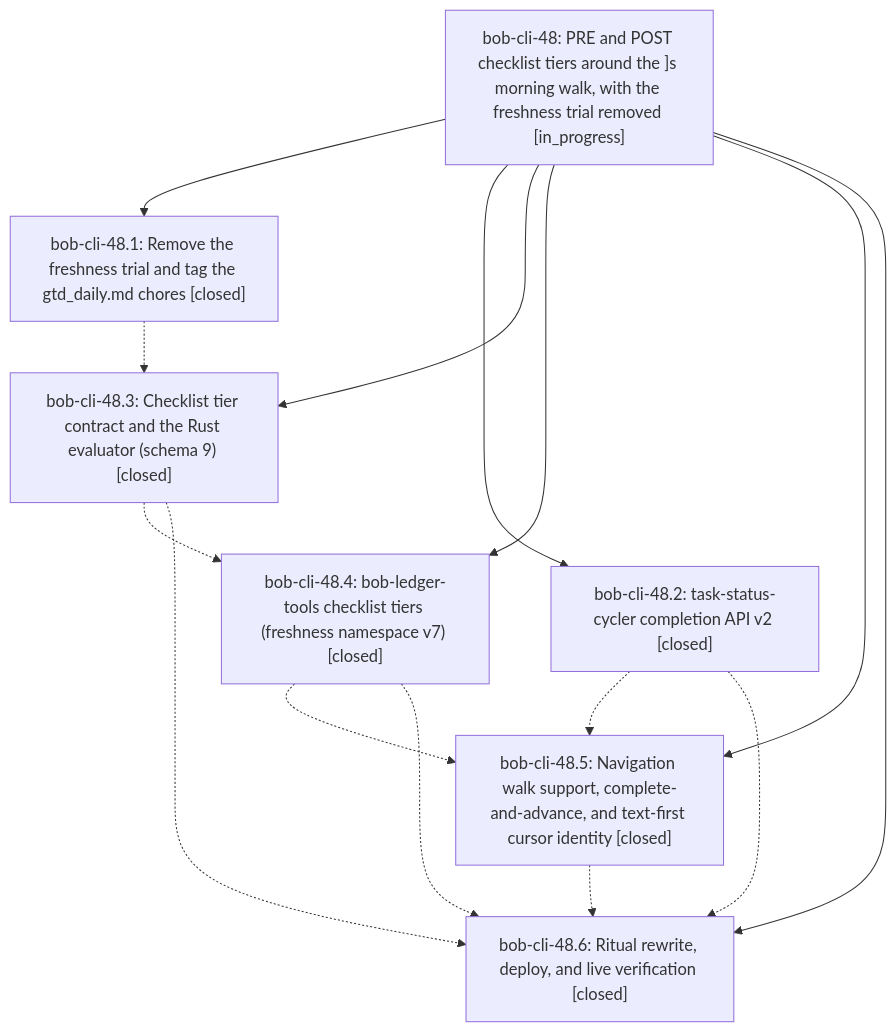
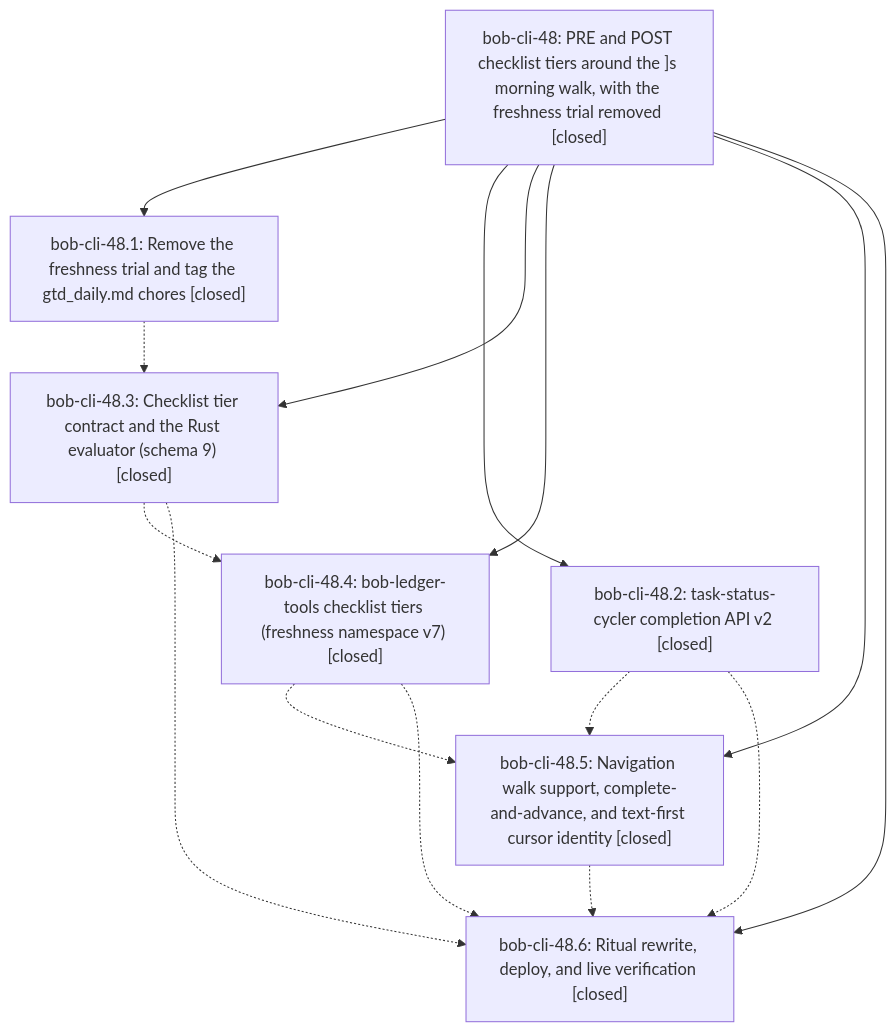
One commit to bobs-org/bob-cli--beads changed the diagram in pages/bob-cli-48/README.md. Above: the diagram before and after it, drawn with Mermaid. The commit also changed other lines of this file, not shown here.

First line of the commit message:
chore(beads): sync bead state and pages for bob-cli-48

````diff
--- a/pages/bob-cli-48/README.md
+++ b/pages/bob-cli-48/README.md
@@ -27,24 +33,24 @@
 ```mermaid
 flowchart TD
-    n0["bob-cli-48: PRE and POST checklist tiers around the ]s morning walk, with the freshness trial removed [in_progress]"]
+    n0["bob-cli-48: PRE and POST checklist tiers around the ]s morning walk, with the freshness trial removed [closed]"]
     n1["bob-cli-48.1: Remove the freshness trial and tag the gtd_daily.md chores [closed]"]
     n2["bob-cli-48.2: task-status-cycler completion API v2 [closed]"]
     n3["bob-cli-48.3: Checklist tier contract and the Rust evaluator (schema 9) [closed]"]
     n4["bob-cli-48.4: bob-ledger-tools checklist tiers (freshness namespace v7) [closed]"]
     n5["bob-cli-48.5: Navigation walk support, complete-and-advance, and text-first cursor identity [closed]"]
     n6["bob-cli-48.6: Ritual rewrite, deploy, and live verification [closed]"]
     n0 --> n1
     n0 --> n2
     n0 --> n3
     n0 --> n4
     n0 --> n5
     n0 --> n6
     n1 -.-> n3
     n2 -.-> n5
     n2 -.-> n6
     n3 -.-> n4
     n3 -.-> n6
     n4 -.-> n5
     n4 -.-> n6
     n5 -.-> n6
 ```
````
